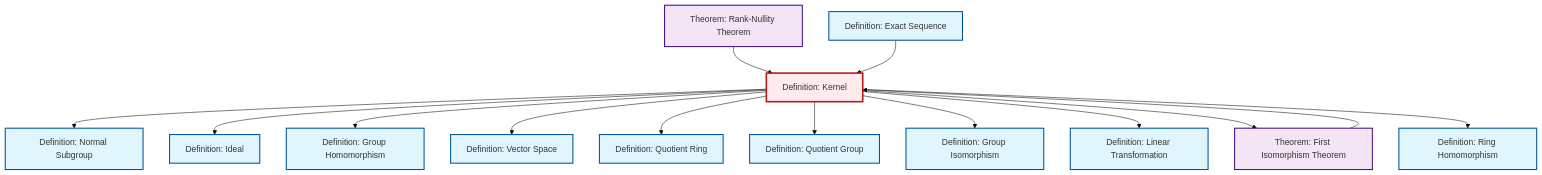
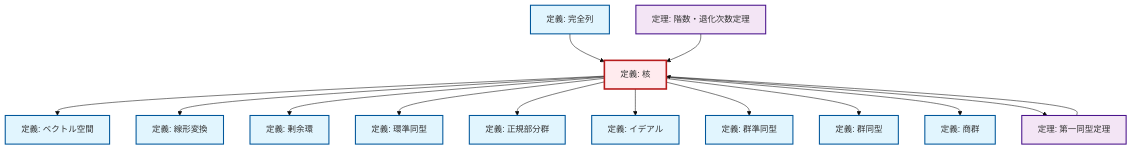
The diagram in content/ja/algebra/def-kernel.qmd (RK0429/ModernMath), drawn with Mermaid (base theme) before and after one commit. The commit also changed 1069 other files, not shown here.

````diff
--- a/content/ja/algebra/def-kernel.qmd
+++ b/content/ja/algebra/def-kernel.qmd
@@ -83,48 +83,48 @@
 ```{mermaid}
 %%| fig-cap: "Local dependency graph"
 graph TD
     classDef definition fill:#e1f5fe,stroke:#01579b,stroke-width:2px
     classDef theorem fill:#f3e5f5,stroke:#4a148c,stroke-width:2px
     classDef axiom fill:#fff3e0,stroke:#e65100,stroke-width:2px
     classDef example fill:#e8f5e9,stroke:#1b5e20,stroke-width:2px
     classDef current fill:#ffebee,stroke:#b71c1c,stroke-width:3px
-    thm-rank-nullity["Theorem: Rank-Nullity Theorem"]:::theorem
-    def-quotient-ring["Definition: Quotient Ring"]:::definition
-    def-isomorphism["Definition: Group Isomorphism"]:::definition
-    def-ring-homomorphism["Definition: Ring Homomorphism"]:::definition
-    thm-first-isomorphism["Theorem: First Isomorphism Theorem"]:::theorem
-    def-quotient-group["Definition: Quotient Group"]:::definition
-    def-kernel["Definition: Kernel"]:::definition
-    def-ideal["Definition: Ideal"]:::definition
-    def-homomorphism["Definition: Group Homomorphism"]:::definition
-    def-normal-subgroup["Definition: Normal Subgroup"]:::definition
-    def-exact-sequence["Definition: Exact Sequence"]:::definition
-    def-linear-transformation["Definition: Linear Transformation"]:::definition
-    def-vector-space["Definition: Vector Space"]:::definition
+    def-linear-transformation["定義: 線形変換"]:::definition
+    def-ideal["定義: イデアル"]:::definition
+    def-vector-space["定義: ベクトル空間"]:::definition
+    def-normal-subgroup["定義: 正規部分群"]:::definition
+    def-isomorphism["定義: 群同型"]:::definition
+    def-quotient-ring["定義: 剰余環"]:::definition
+    def-exact-sequence["定義: 完全列"]:::definition
+    def-ring-homomorphism["定義: 環準同型"]:::definition
+    thm-first-isomorphism["定理: 第一同型定理"]:::theorem
+    def-quotient-group["定義: 商群"]:::definition
+    thm-rank-nullity["定理: 階数・退化次数定理"]:::theorem
+    def-homomorphism["定義: 群準同型"]:::definition
+    def-kernel["定義: 核"]:::definition
+    def-kernel --> def-vector-space
+    def-kernel --> def-linear-transformation
+    def-exact-sequence --> def-kernel
     thm-rank-nullity --> def-kernel
+    thm-first-isomorphism --> def-kernel
+    def-kernel --> def-quotient-ring
+    def-kernel --> def-ring-homomorphism
     def-kernel --> def-normal-subgroup
     def-kernel --> def-ideal
     def-kernel --> def-homomorphism
-    def-kernel --> def-vector-space
-    def-kernel --> def-quotient-ring
+    def-kernel --> def-isomorphism
     def-kernel --> def-quotient-group
-    def-kernel --> def-isomorphism
-    thm-first-isomorphism --> def-kernel
-    def-kernel --> def-linear-transformation
-    def-exact-sequence --> def-kernel
     def-kernel --> thm-first-isomorphism
-    def-kernel --> def-ring-homomorphism
     class def-kernel current
-    click thm-rank-nullity "thm-rank-nullity.html" "Theorem: Rank-Nullity Theoremへ"
-    click def-quotient-ring "def-quotient-ring.html" "Definition: Quotient Ringへ"
-    click def-isomorphism "def-isomorphism.html" "Definition: Group Isomorphismへ"
-    click def-ring-homomorphism "def-ring-homomorphism.html" "Definition: Ring Homomorphismへ"
-    click thm-first-isomorphism "thm-first-isomorphism.html" "Theorem: First Isomorphism Theoremへ"
-    click def-quotient-group "def-quotient-group.html" "Definition: Quotient Groupへ"
-    click def-ideal "def-ideal.html" "Definition: Idealへ"
-    click def-homomorphism "def-homomorphism.html" "Definition: Group Homomorphismへ"
-    click def-normal-subgroup "def-normal-subgroup.html" "Definition: Normal Subgroupへ"
-    click def-exact-sequence "def-exact-sequence.html" "Definition: Exact Sequenceへ"
-    click def-linear-transformation "def-linear-transformation.html" "Definition: Linear Transformationへ"
-    click def-vector-space "def-vector-space.html" "Definition: Vector Spaceへ"
+    click def-linear-transformation "def-linear-transformation.html" "線形変換の定義へ"
+    click def-ideal "def-ideal.html" "イデアルの定義へ"
+    click def-vector-space "def-vector-space.html" "ベクトル空間の定義へ"
+    click def-normal-subgroup "def-normal-subgroup.html" "正規部分群の定義へ"
+    click def-isomorphism "def-isomorphism.html" "群同型の定義へ"
+    click def-quotient-ring "def-quotient-ring.html" "剰余環の定義へ"
+    click def-exact-sequence "def-exact-sequence.html" "完全列の定義へ"
+    click def-ring-homomorphism "def-ring-homomorphism.html" "環準同型の定義へ"
+    click thm-first-isomorphism "thm-first-isomorphism.html" "第一同型定理の定理へ"
+    click def-quotient-group "def-quotient-group.html" "商群の定義へ"
+    click thm-rank-nullity "thm-rank-nullity.html" "階数・退化次数定理の定理へ"
+    click def-homomorphism "def-homomorphism.html" "群準同型の定義へ"
 ```
````
